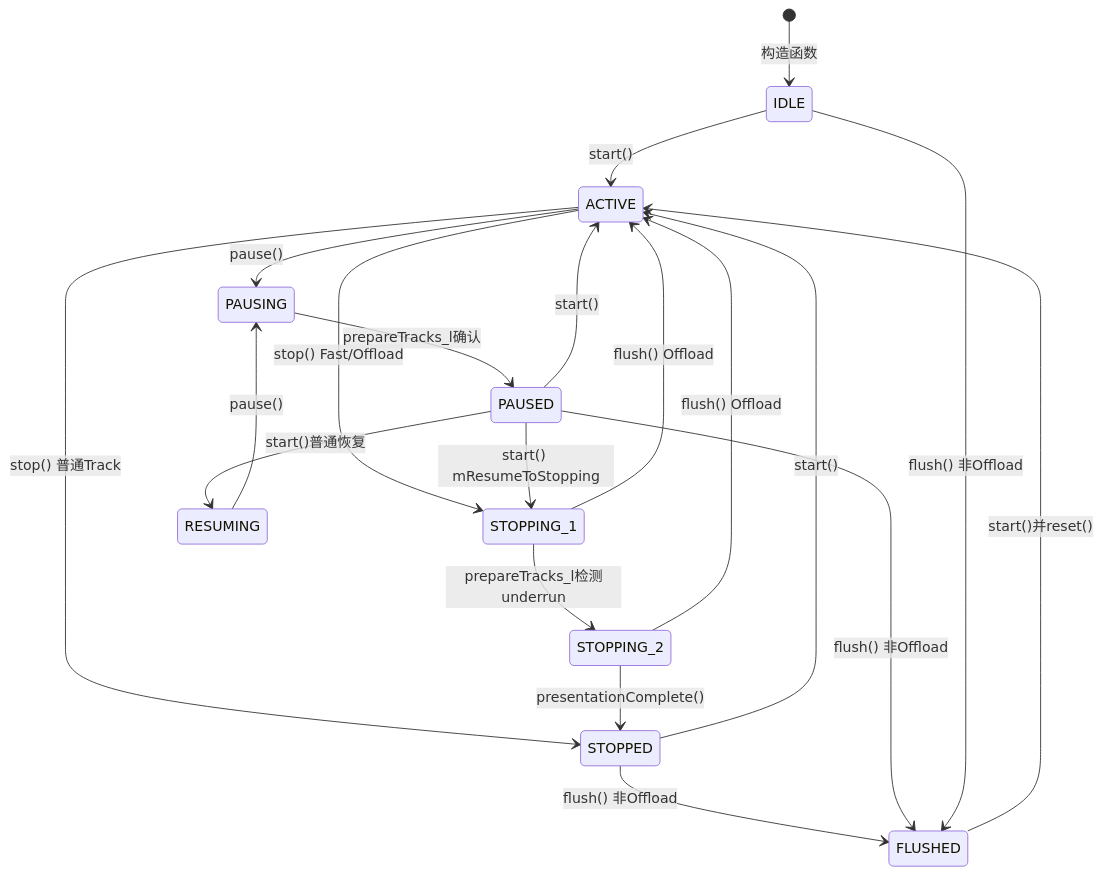
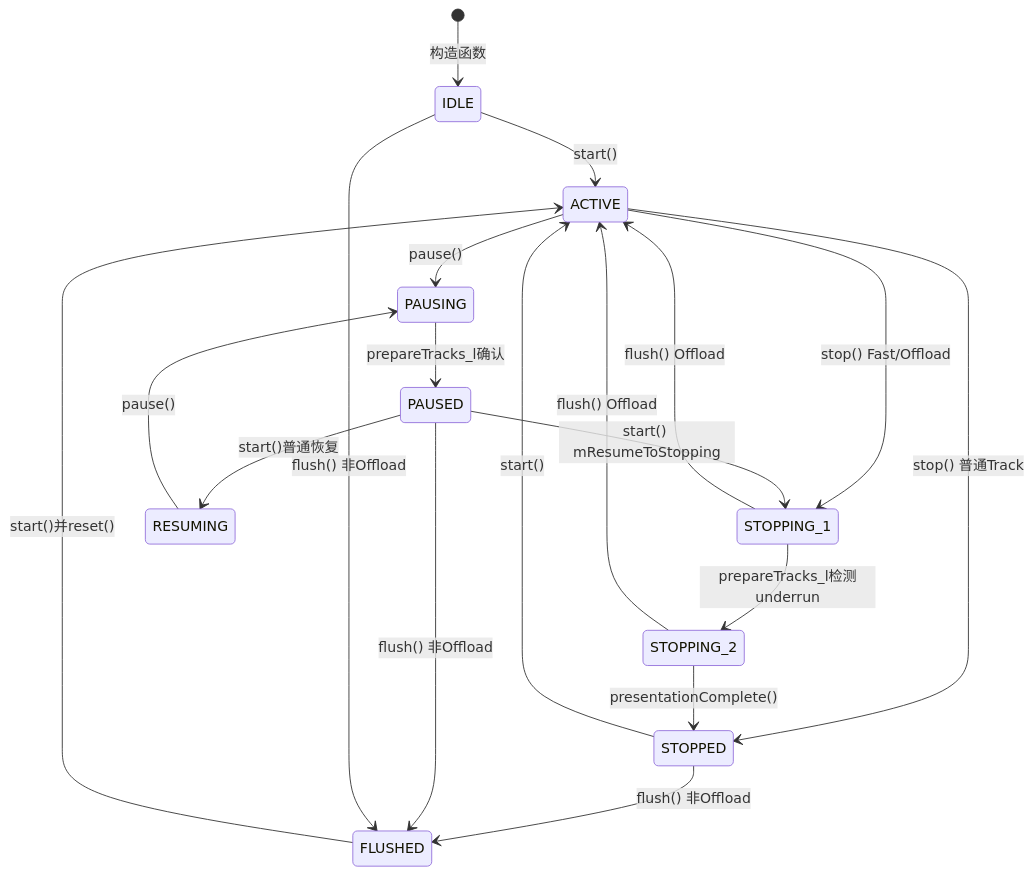
The second of 5 diagrams in 05_AudioFlinger/05_5.7_TrackRecord-音频流端点.md (yanglinzhen1022/SA8295_AAOS_QNX_Audio_KnowledgeBase), drawn with Mermaid before and after one commit. The commit also changed other lines of this file and 5 other files, not shown here.

````diff
--- a/05_AudioFlinger/05_5.7_TrackRecord-音频流端点.md
+++ b/05_AudioFlinger/05_5.7_TrackRecord-音频流端点.md
@@ -278,22 +277,21 @@
 ```mermaid
 stateDiagram-v2
     [*] --> IDLE : 构造函数
     IDLE --> ACTIVE : start()
     FLUSHED --> ACTIVE : start()并reset()
     STOPPED --> ACTIVE : start()
     ACTIVE --> STOPPING_1 : stop() Fast/Offload
     ACTIVE --> STOPPED : stop() 普通Track
     STOPPING_1 --> STOPPING_2 : prepareTracks_l检测underrun
     STOPPING_2 --> STOPPED : presentationComplete()
     ACTIVE --> PAUSING : pause()
     RESUMING --> PAUSING : pause()
     PAUSING --> PAUSED : prepareTracks_l确认
     PAUSED --> RESUMING : start()普通恢复
     PAUSED --> STOPPING_1 : start() mResumeToStopping
-    PAUSED --> ACTIVE : start()
     STOPPING_1 --> ACTIVE : flush() Offload
     STOPPING_2 --> ACTIVE : flush() Offload
     STOPPED --> FLUSHED : flush() 非Offload
     PAUSED --> FLUSHED : flush() 非Offload
     IDLE --> FLUSHED : flush() 非Offload
 ```
````
